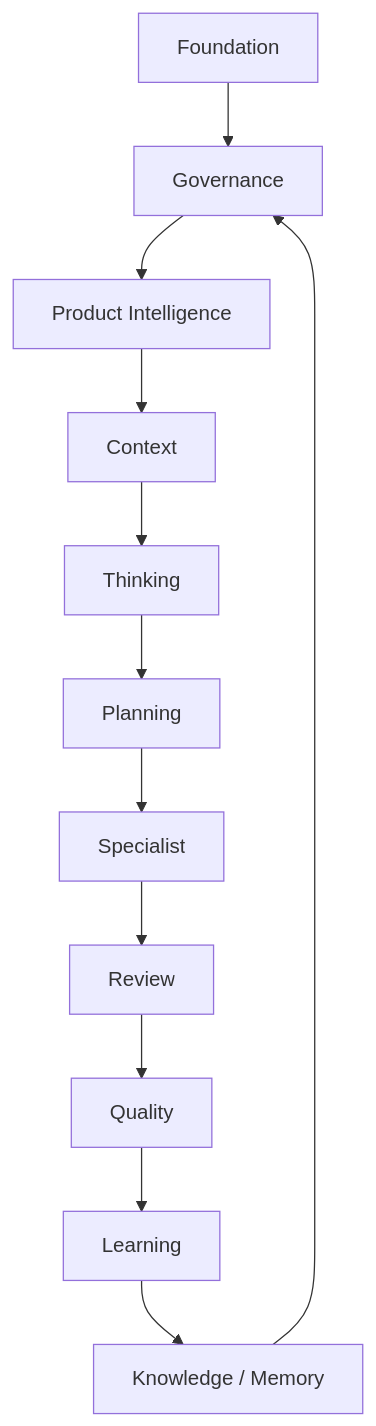
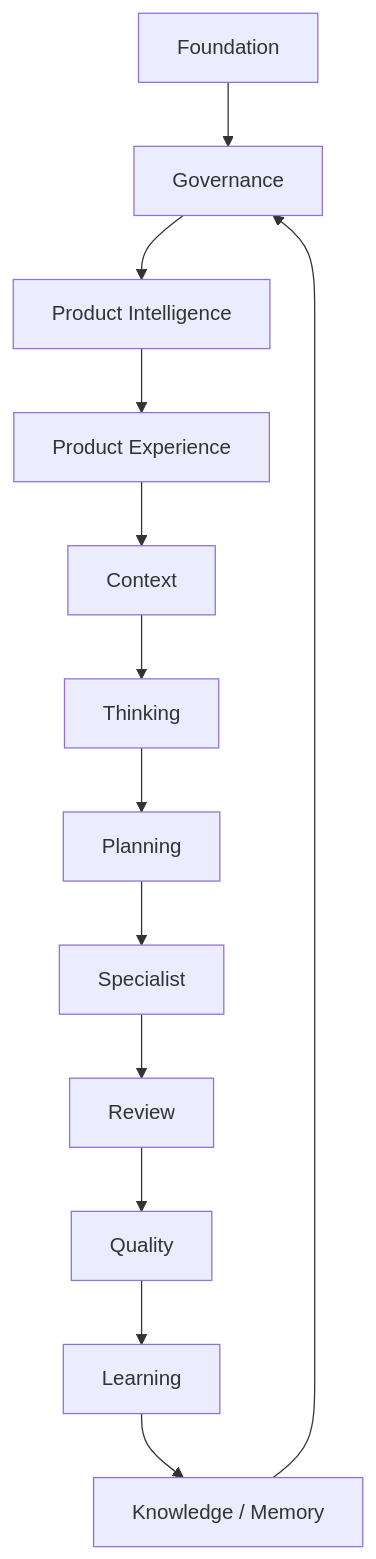
The diagram in layers/README.md (thyags/method-ceip), drawn with Mermaid before and after one commit. The commit also changed other lines of this file and 130 other files, not shown here.

Commit message:
Add product experience system to CEIP

````diff
--- a/layers/README.md
+++ b/layers/README.md
@@ -40,14 +41,15 @@
 ```mermaid
 flowchart TD
     A["Foundation"] --> B["Governance"]
     B --> C["Product Intelligence"]
-    C --> D["Context"]
-    D --> E["Thinking"]
-    E --> F["Planning"]
-    F --> G["Specialist"]
-    G --> H["Review"]
-    H --> I["Quality"]
-    I --> J["Learning"]
-    J --> K["Knowledge / Memory"]
-    K --> B
+    C --> D["Product Experience"]
+    D --> E["Context"]
+    E --> F["Thinking"]
+    F --> G["Planning"]
+    G --> H["Specialist"]
+    H --> I["Review"]
+    I --> J["Quality"]
+    J --> K["Learning"]
+    K --> L["Knowledge / Memory"]
+    L --> B
 ```
````
